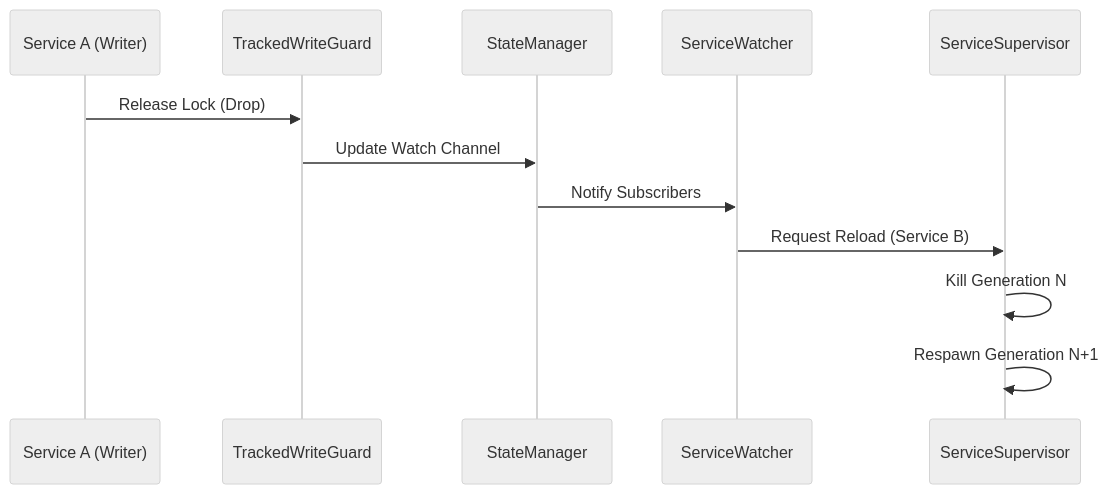
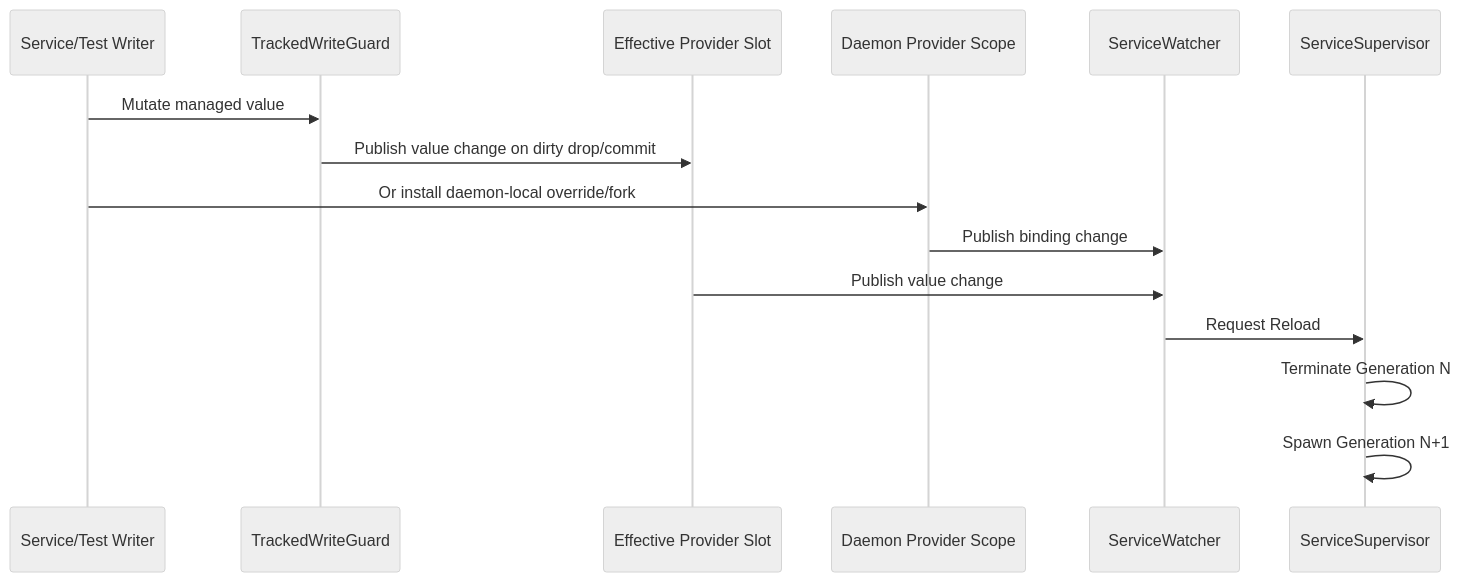
One commit to loft-games/service-daemon-rs changed the diagram in docs/architecture/lifecycle-management.md. Above: the diagram before and after it, drawn with Mermaid (neutral theme). The commit also changed other lines of this file and 46 other files, not shown here.

First line of the commit message:
feat: add daemon-scoped provider ownership

````diff
--- a/docs/architecture/lifecycle-management.md
+++ b/docs/architecture/lifecycle-management.md
@@ -44,15 +44,18 @@
 ```mermaid
 sequenceDiagram
-    participant Writer as Service A (Writer)
+    participant Writer as Service/Test Writer
     participant Guard as TrackedWriteGuard
-    participant Mgr as StateManager
+    participant Slot as Effective Provider Slot
+    participant Scope as Daemon Provider Scope
     participant Watcher as ServiceWatcher
     participant Super as ServiceSupervisor
-    
-    Writer->>Guard: Release Lock (Drop)
-    Guard->>Mgr: Update Watch Channel
-    Mgr->>Watcher: Notify Subscribers
-    Watcher->>Super: Request Reload (Service B)
-    Super->>Super: Kill Generation N
-    Super->>Super: Respawn Generation N+1
+
+    Writer->>Guard: Mutate managed value
+    Guard->>Slot: Publish value change on dirty drop/commit
+    Writer->>Scope: Or install daemon-local override/fork
+    Scope->>Watcher: Publish binding change
+    Slot->>Watcher: Publish value change
+    Watcher->>Super: Request Reload
+    Super->>Super: Terminate Generation N
+    Super->>Super: Spawn Generation N+1
 ```
````
